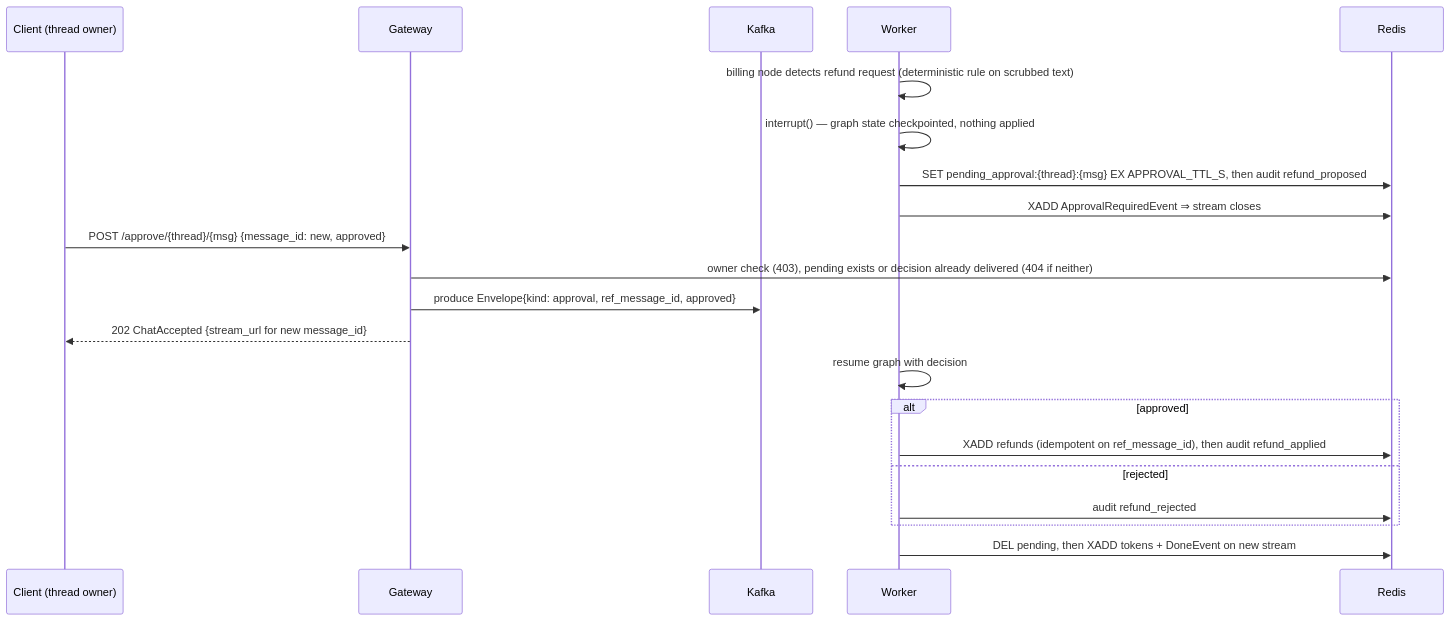
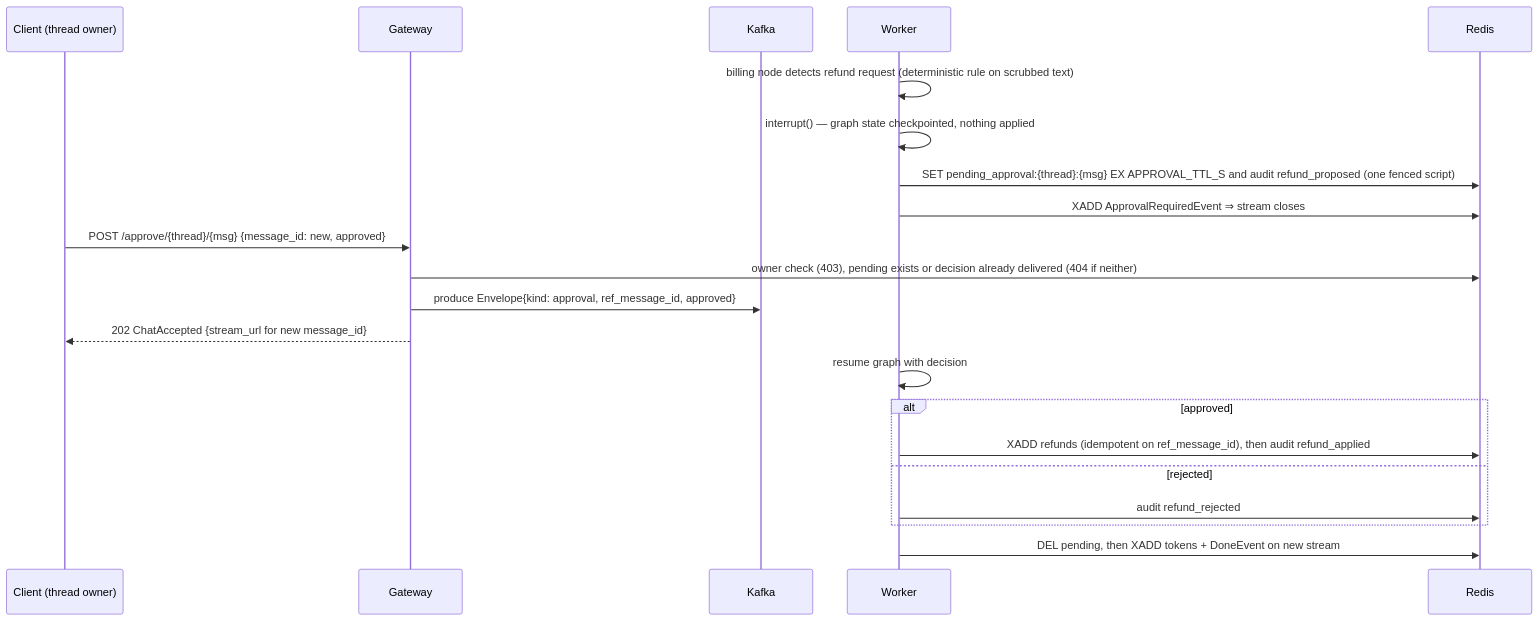
The third of 6 diagrams in docs/architecture/LLD.md (jayakumar-devaraj/enterprise-agentic-event-driven-chatbot), drawn with Mermaid before and after one commit. The commit also changed 8 other files, not shown here.

First line of the commit message:
Fence approval windows and their audit entries with the dedupe lease

````diff
--- a/docs/architecture/LLD.md
+++ b/docs/architecture/LLD.md
@@ -96,23 +96,23 @@
 ```mermaid
 sequenceDiagram
   participant C as Client (thread owner)
   participant G as Gateway
   participant K as Kafka
   participant W as Worker
   participant R as Redis
   W->>W: billing node detects refund request (deterministic rule on scrubbed text)
   W->>W: interrupt() — graph state checkpointed, nothing applied
-  W->>R: SET pending_approval:{thread}:{msg} EX APPROVAL_TTL_S, then audit refund_proposed
+  W->>R: SET pending_approval:{thread}:{msg} EX APPROVAL_TTL_S and audit refund_proposed (one fenced script)
   W->>R: XADD ApprovalRequiredEvent ⇒ stream closes
   C->>G: POST /approve/{thread}/{msg} {message_id: new, approved}
   G->>R: owner check (403), pending exists or decision already delivered (404 if neither)
   G->>K: produce Envelope{kind: approval, ref_message_id, approved}
   G-->>C: 202 ChatAccepted {stream_url for new message_id}
   W->>W: resume graph with decision
   alt approved
     W->>R: XADD refunds (idempotent on ref_message_id), then audit refund_applied
   else rejected
     W->>R: audit refund_rejected
   end
   W->>R: DEL pending, then XADD tokens + DoneEvent on new stream
 ```
````
